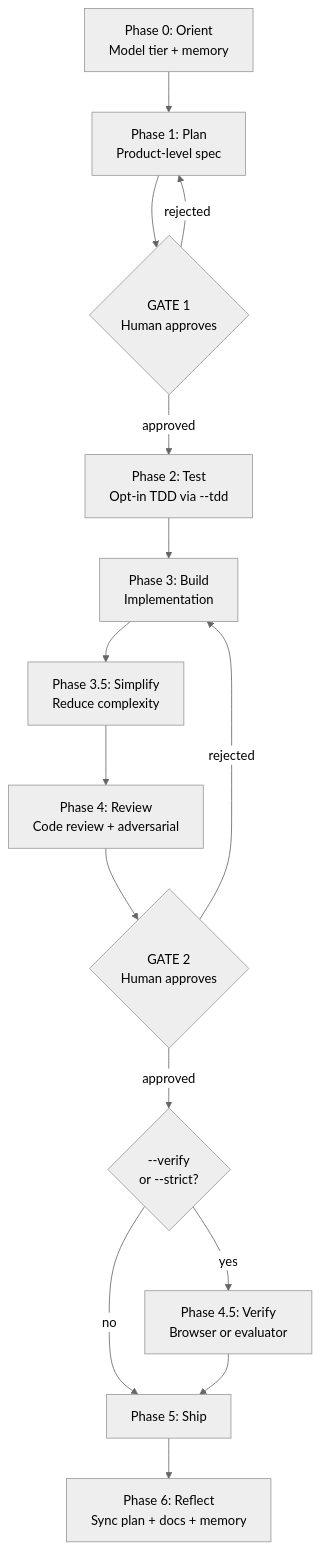
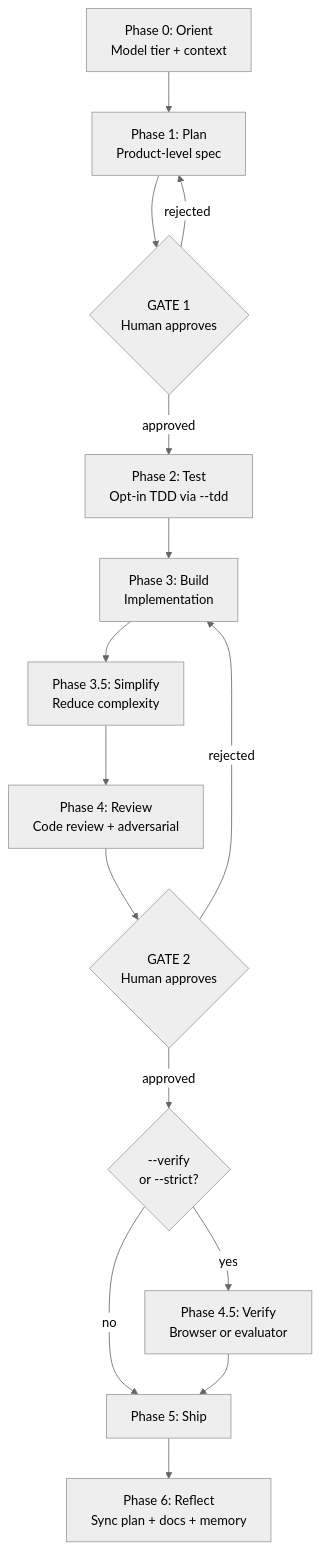
Before and after one commit to ngocsangyem/MeowKit: the first of 2 diagrams in website/guide/understanding-the-harness.md, drawn with Mermaid (neutral theme). The commit also changed other lines of this file and 16 other files, not shown here.

````diff
--- a/website/guide/understanding-the-harness.md
+++ b/website/guide/understanding-the-harness.md
@@ -72,17 +72,17 @@
 ```mermaid
 flowchart TD
-    P0["Phase 0: Orient\nModel tier + memory"] --> P1["Phase 1: Plan\nProduct-level spec"]
+    P0["Phase 0: Orient\nModel tier + context"] --> P1["Phase 1: Plan\nProduct-level spec"]
     P1 --> G1{"GATE 1\nHuman approves"}
     G1 -->|approved| P2["Phase 2: Test\nOpt-in TDD via --tdd"]
     G1 -->|rejected| P1
     P2 --> P3["Phase 3: Build\nImplementation"]
     P3 --> P35["Phase 3.5: Simplify\nReduce complexity"]
     P35 --> P4["Phase 4: Review\nCode review + adversarial"]
     P4 --> G2{"GATE 2\nHuman approves"}
     G2 -->|approved| P45{"--verify\nor --strict?"}
     P45 -->|yes| P45V["Phase 4.5: Verify\nBrowser or evaluator"]
     P45 -->|no| P5["Phase 5: Ship"]
     P45V --> P5
     G2 -->|rejected| P3
     P5 --> P6["Phase 6: Reflect\nSync plan + docs + memory"]
 ```
````
